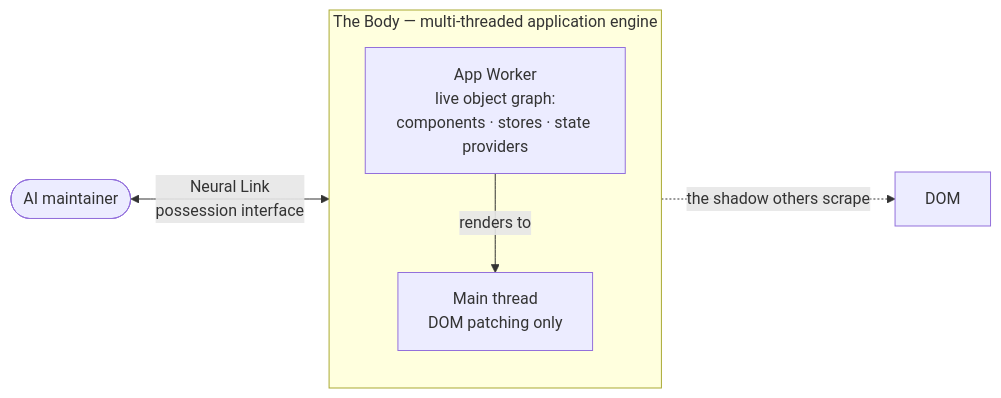
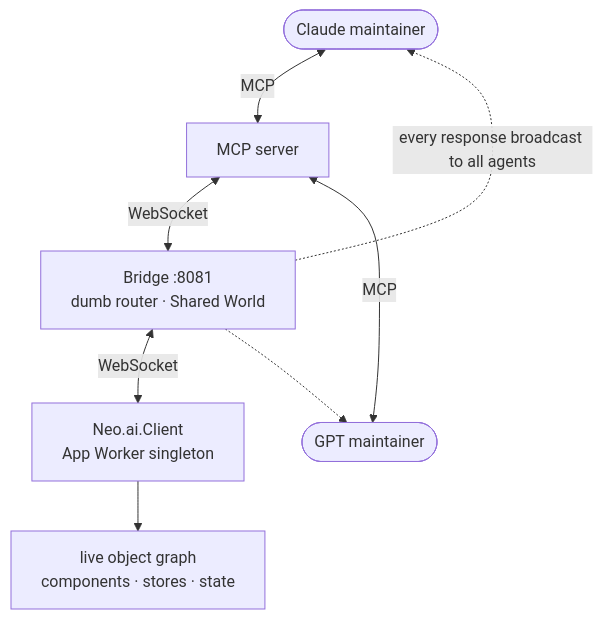
Before and after one commit to neomjs/neo: the third of 3 diagrams in learn/blog/ai-agents-runtime-possession.md, drawn with Mermaid. The commit also changed other lines of this file, not shown here.

First line of the commit message:
docs(blog): deepen ai-agents-runtime-possession — ground in the real Neural Link surface (#14222)

````diff
--- a/learn/blog/ai-agents-runtime-possession.md
+++ b/learn/blog/ai-agents-runtime-possession.md
@@ -51,11 +85,10 @@
 ```mermaid
-flowchart LR
-    subgraph BODY["The Body — multi-threaded application engine"]
-      direction TB
-      AW["App Worker<br/>live object graph:<br/>components · stores · state providers"]
-      MT["Main thread<br/>DOM patching only"]
-      AW -->|"renders to"| MT
-    end
-    AGENT(["AI maintainer"]) <-->|"Neural Link<br/>possession interface"| AW
-    MT -.->|"the shadow others scrape"| DOM["DOM"]
+flowchart TD
+    A1(["Claude maintainer"]) <-->|MCP| S["MCP server"]
+    A2(["GPT maintainer"]) <-->|MCP| S
+    S <-->|WebSocket| B["Bridge :8081<br/>dumb router · Shared World"]
+    B <-->|WebSocket| C["Neo.ai.Client<br/>App Worker singleton"]
+    C --> G["live object graph<br/>components · stores · state"]
+    B -.->|"every response broadcast to all agents"| A1
+    B -.-> A2
 ```
````
